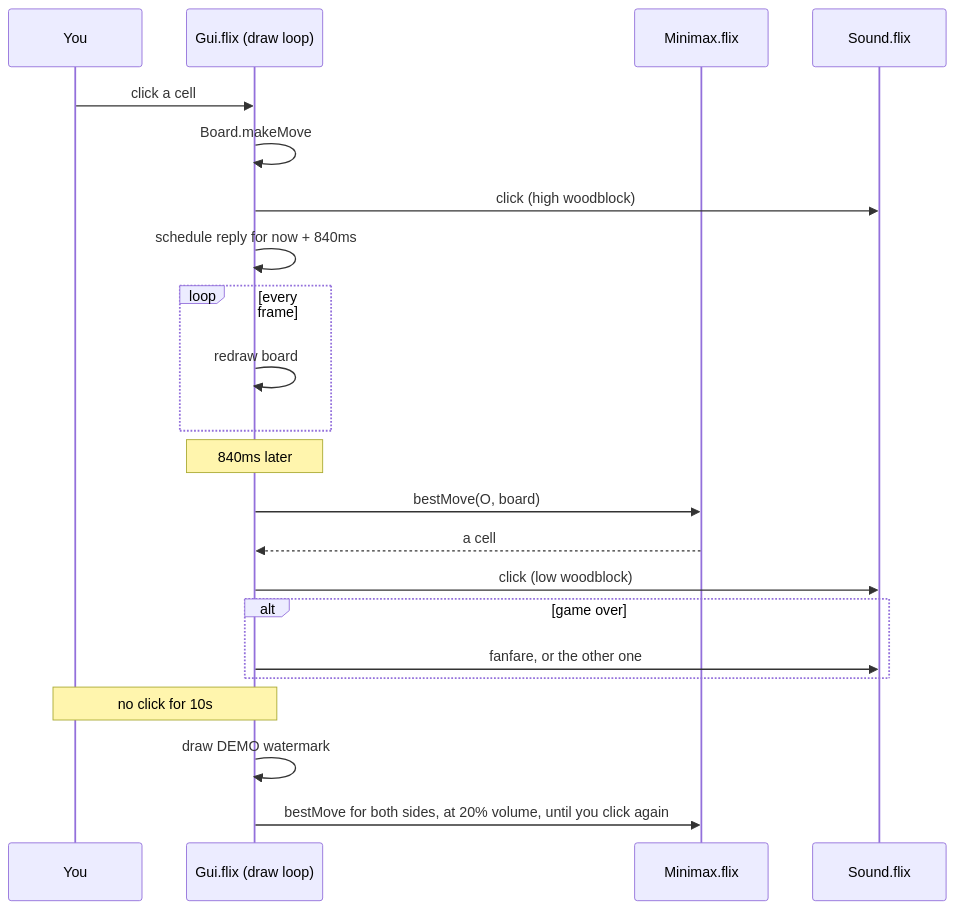
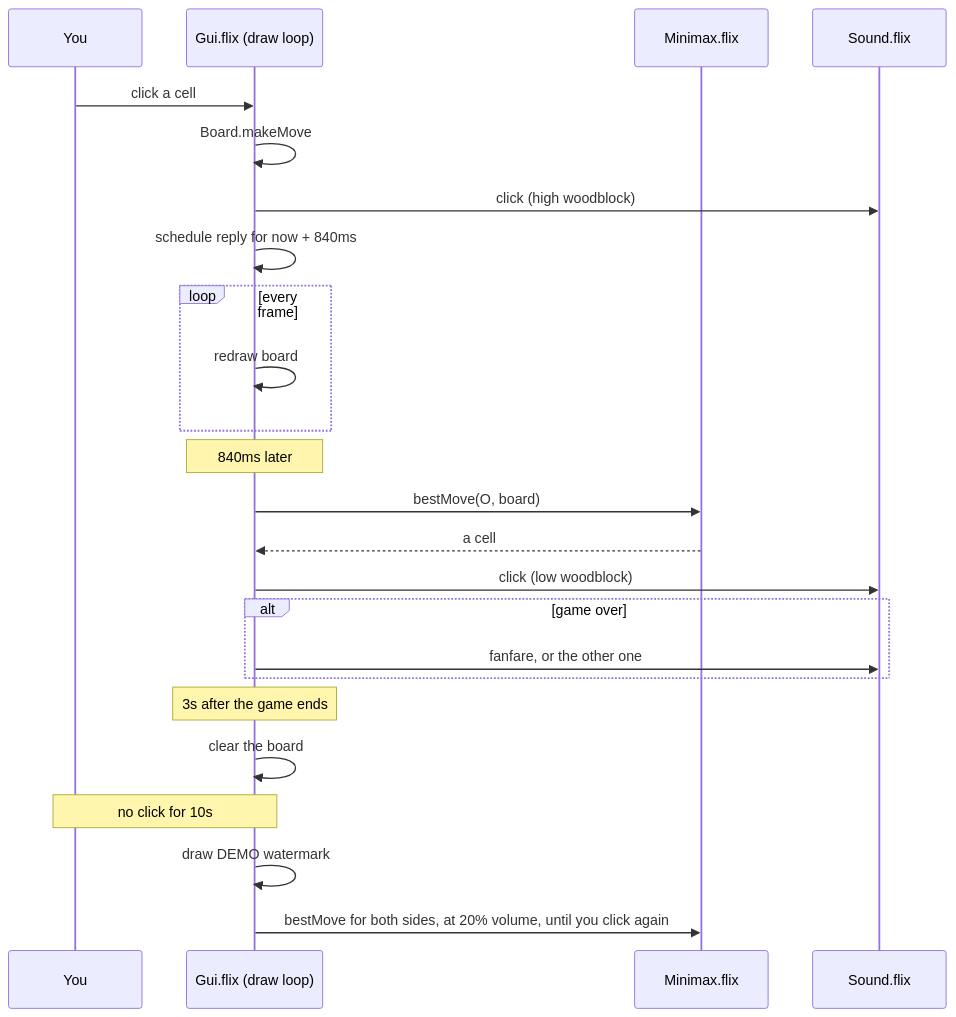
One commit to wstein/flix-fork changed the third of 3 diagrams in examples/apps/tic-tac-toe/README.md. Above: the diagram before and after it, drawn with Mermaid. The commit also changed other lines of this file, not shown here.

Commit message:
docs(tic-tac-toe): describe the self-clearing board and the single control

````diff
--- a/examples/apps/tic-tac-toe/README.md
+++ b/examples/apps/tic-tac-toe/README.md
@@ -147,25 +147,27 @@
 ```mermaid
 sequenceDiagram
     participant You
     participant Gui as Gui.flix (draw loop)
     participant AI as Minimax.flix
     participant Snd as Sound.flix
 
     You->>Gui: click a cell
     Gui->>Gui: Board.makeMove
     Gui->>Snd: click (high woodblock)
     Gui->>Gui: schedule reply for now + 840ms
     loop every frame
         Gui->>Gui: redraw board
     end
     Note over Gui: 840ms later
     Gui->>AI: bestMove(O, board)
     AI-->>Gui: a cell
     Gui->>Snd: click (low woodblock)
     alt game over
         Gui->>Snd: fanfare, or the other one
     end
+    Note over Gui: 3s after the game ends
+    Gui->>Gui: clear the board
     Note over You,Gui: no click for 10s
     Gui->>Gui: draw DEMO watermark
     Gui->>AI: bestMove for both sides, at 20% volume, until you click again
 ```
````
